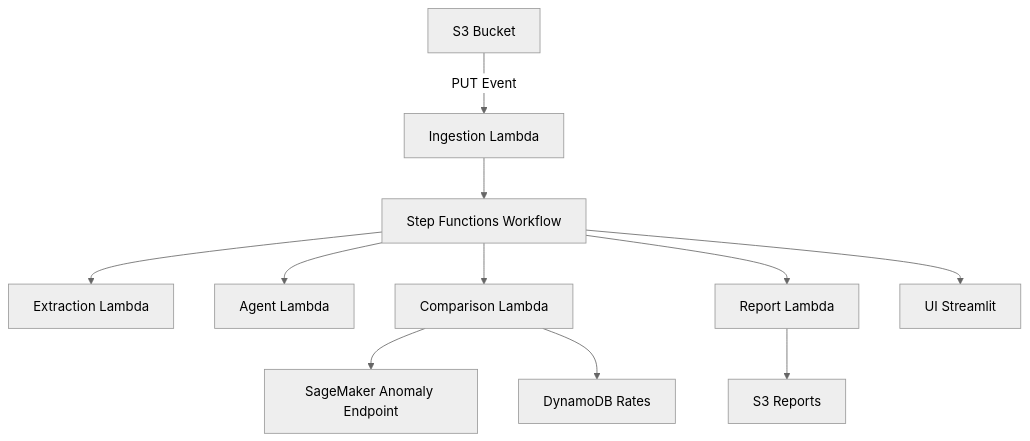
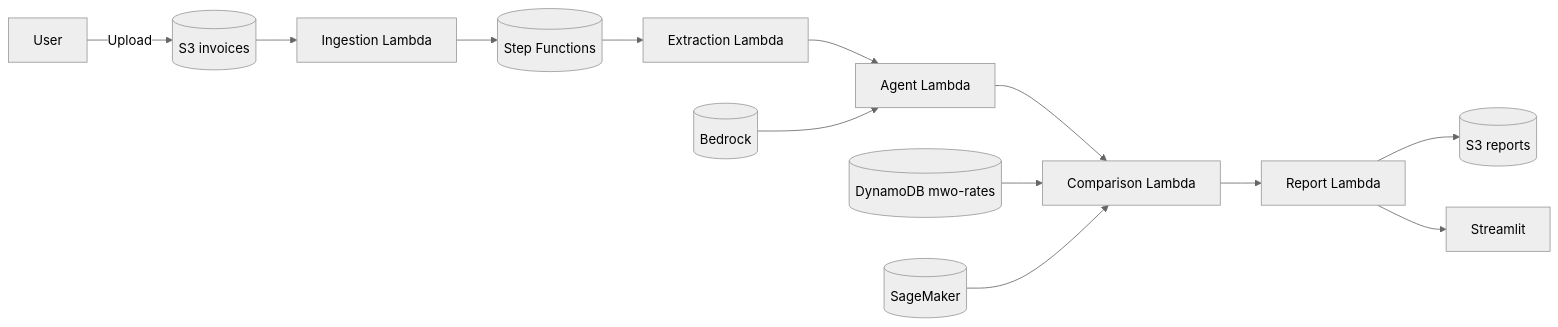
The diagram in docs/architecture.md (cnotley/hackathon), drawn with Mermaid (neutral theme) before and after one commit. The commit also changed 30 other files, not shown here.

````diff
--- a/docs/architecture.md
+++ b/docs/architecture.md
@@ -3,13 +3,15 @@
 ```mermaid
-graph TD
-    A[S3 Bucket] -->|PUT Event| B[Ingestion Lambda]
-    B --> C[Step Functions Workflow]
-    C --> D[Extraction Lambda]
-    C --> E[Agent Lambda]
-    C --> F[Comparison Lambda]
-    F --> G[SageMaker Anomaly Endpoint]
-    F --> H[DynamoDB Rates]
-    C --> I[Report Lambda]
-    I --> J[S3 Reports]
-    C --> K[UI Streamlit]
+flowchart LR
+  U[User] -->|Upload| S3[(S3 invoices)]
+  S3 --> ING[Ingestion Lambda]
+  ING --> SFN[(Step Functions)]
+  SFN --> EXT[Extraction Lambda]
+  EXT --> AGT[Agent Lambda]
+  AGT --> CMP[Comparison Lambda]
+  CMP --> RPT[Report Lambda]
+  DDB[(DynamoDB mwo-rates)] --> CMP
+  SM[(SageMaker)] --> CMP
+  BDR[(Bedrock)] --> AGT
+  RPT --> S3R[(S3 reports)]
+  RPT --> UI[Streamlit]
 ```
````
